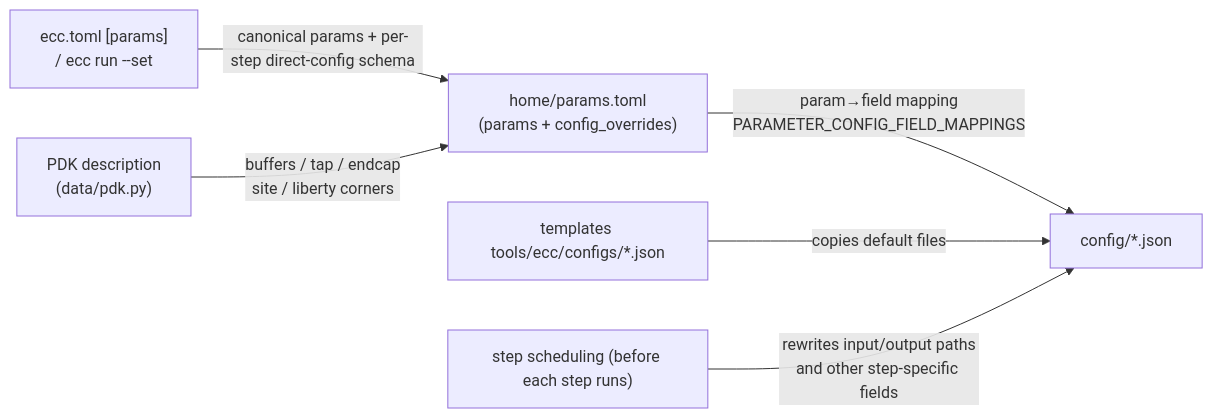
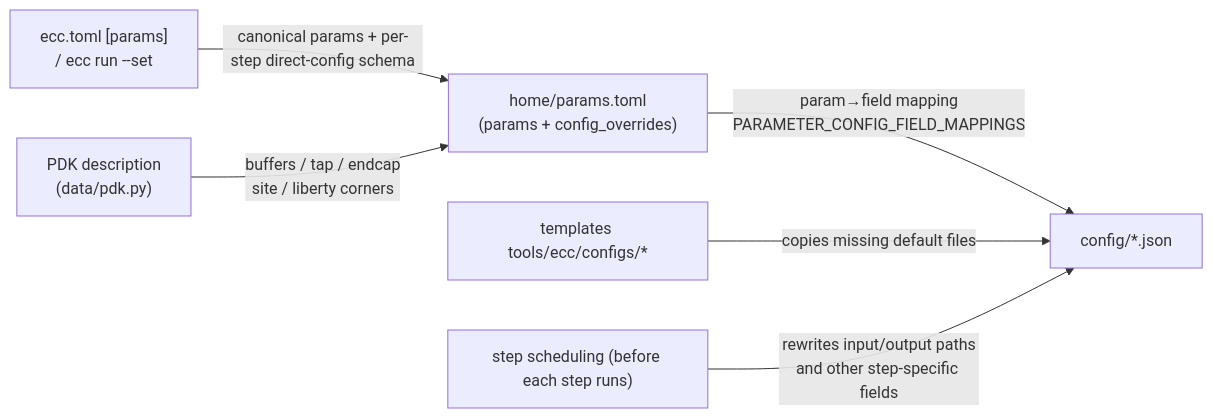
The diagram in chipcompiler/docs/ecc-config-ref.en.md (openecos-projects/ecc), drawn with Mermaid before and after one commit. The commit also changed other lines of this file and 15 other files, not shown here.

Commit message:
docs(ecc): align guides with current CLI and flow contracts

````diff
--- a/chipcompiler/docs/ecc-config-ref.en.md
+++ b/chipcompiler/docs/ecc-config-ref.en.md
@@ -53,8 +55,8 @@
 ```mermaid
 graph LR
     A["ecc.toml [params]<br/>/ ecc run --set"] -->|"canonical params + per-step direct-config schema"| B["home/params.toml<br/>(params + config_overrides)"]
     C["PDK description<br/>(data/pdk.py)"] -->|"buffers / tap / endcap<br/>site / liberty corners"| B
     B -->|"param→field mapping<br/>PARAMETER_CONFIG_FIELD_MAPPINGS"| D["config/*.json"]
-    E["templates tools/ecc/configs/*.json"] -->|copies default files| D
+    E["templates tools/ecc/configs/*"] -->|copies missing default files| D
     F["step scheduling (before each step runs)"] -->|"rewrites input/output paths<br/>and other step-specific fields"| D
 ```
````
